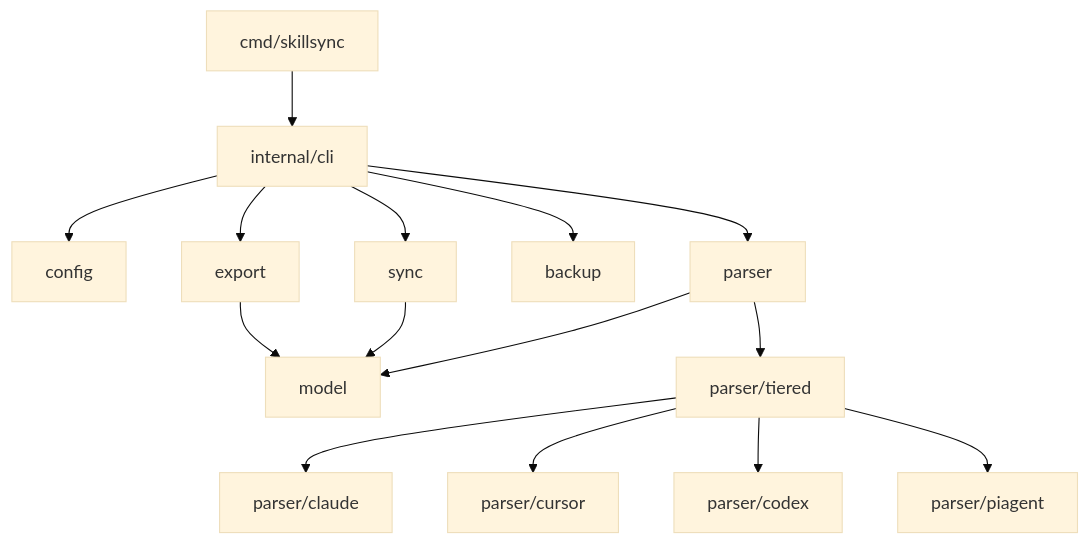
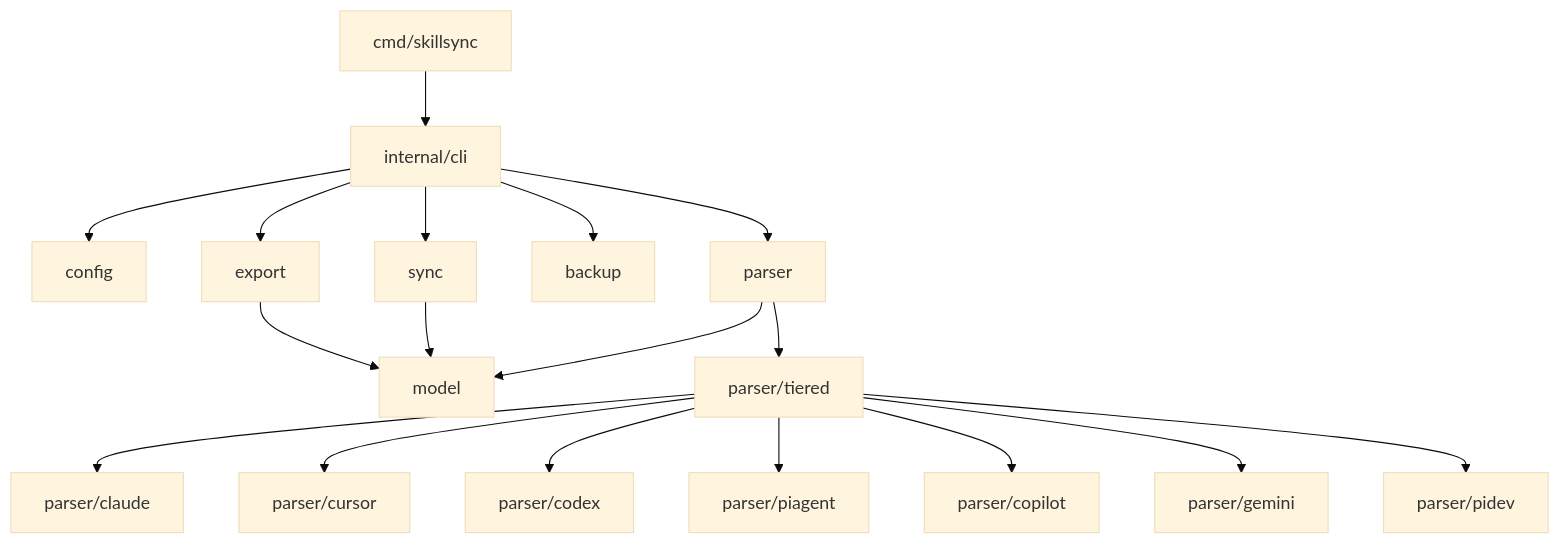
One commit to klauern/skillsync changed the diagram in docs/architecture.md. Above: the diagram before and after it, drawn with Mermaid (base theme). The commit also changed other lines of this file and 1 other file, not shown here.

Commit message:
docs: add copilot/gemini/pidev parser nodes to architecture Mermaid diagram
Extend the package-dependency graph to show all 7 platform parsers under
parser/tiered. Also correct the Platform constants description — PiAgent is
a first-class platform, not a legacy alias.

Closes ss-byz.18

````diff
--- a/docs/architecture.md
+++ b/docs/architecture.md
@@ -5,17 +5,20 @@
 ```mermaid
 graph TD
     cmd[cmd/skillsync] --> cli[internal/cli]
     cli --> config[config]
     cli --> parser[parser]
     cli --> sync[sync]
     cli --> backup[backup]
     cli --> export[export]
     parser --> model[model]
     sync --> model
     export --> model
     parser --> tiered[parser/tiered]
     tiered --> claude[parser/claude]
     tiered --> cursor[parser/cursor]
     tiered --> codex[parser/codex]
     tiered --> piagent[parser/piagent]
+    tiered --> copilot[parser/copilot]
+    tiered --> gemini[parser/gemini]
+    tiered --> pidev[parser/pidev]
 ```
````
